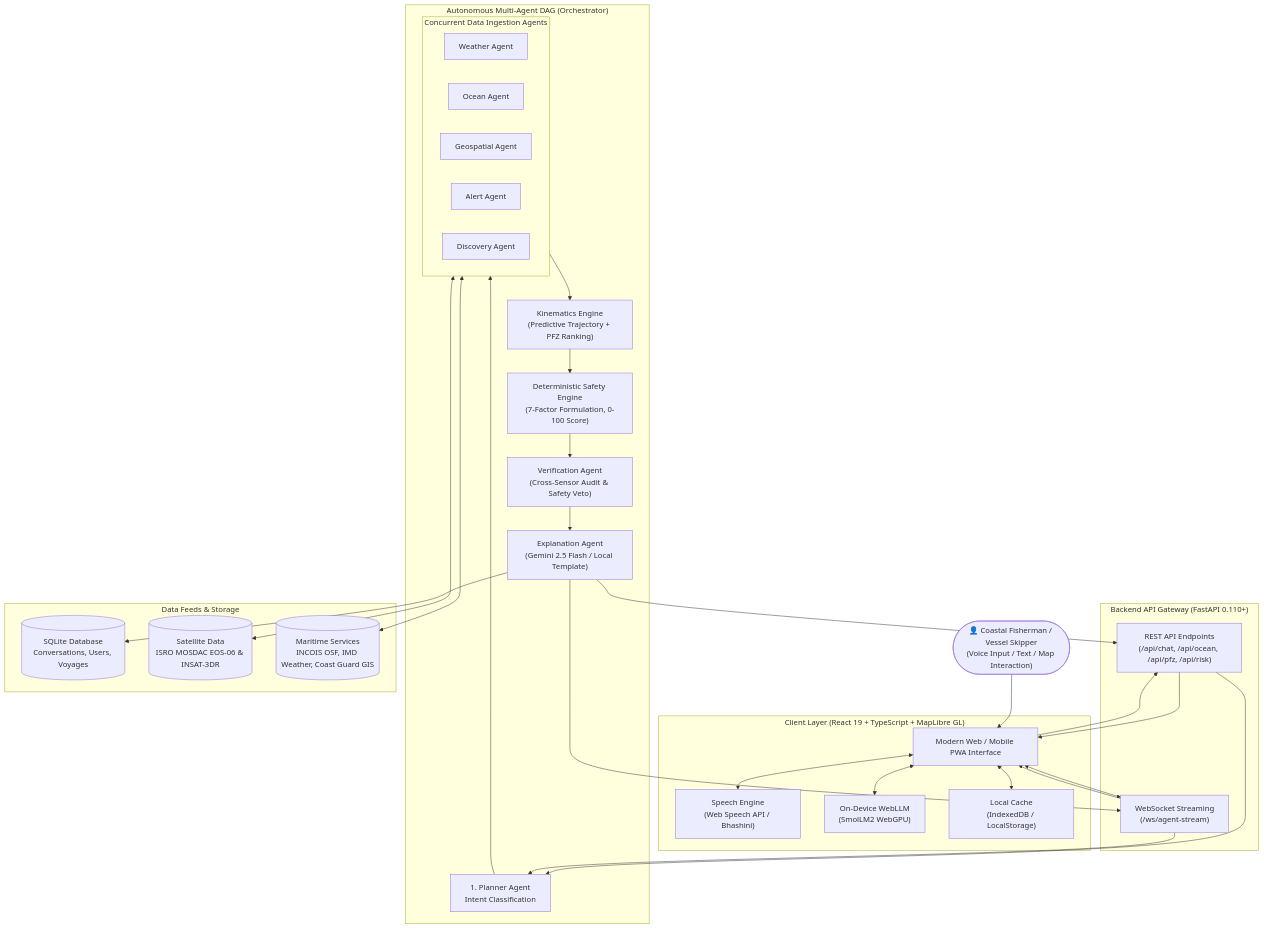
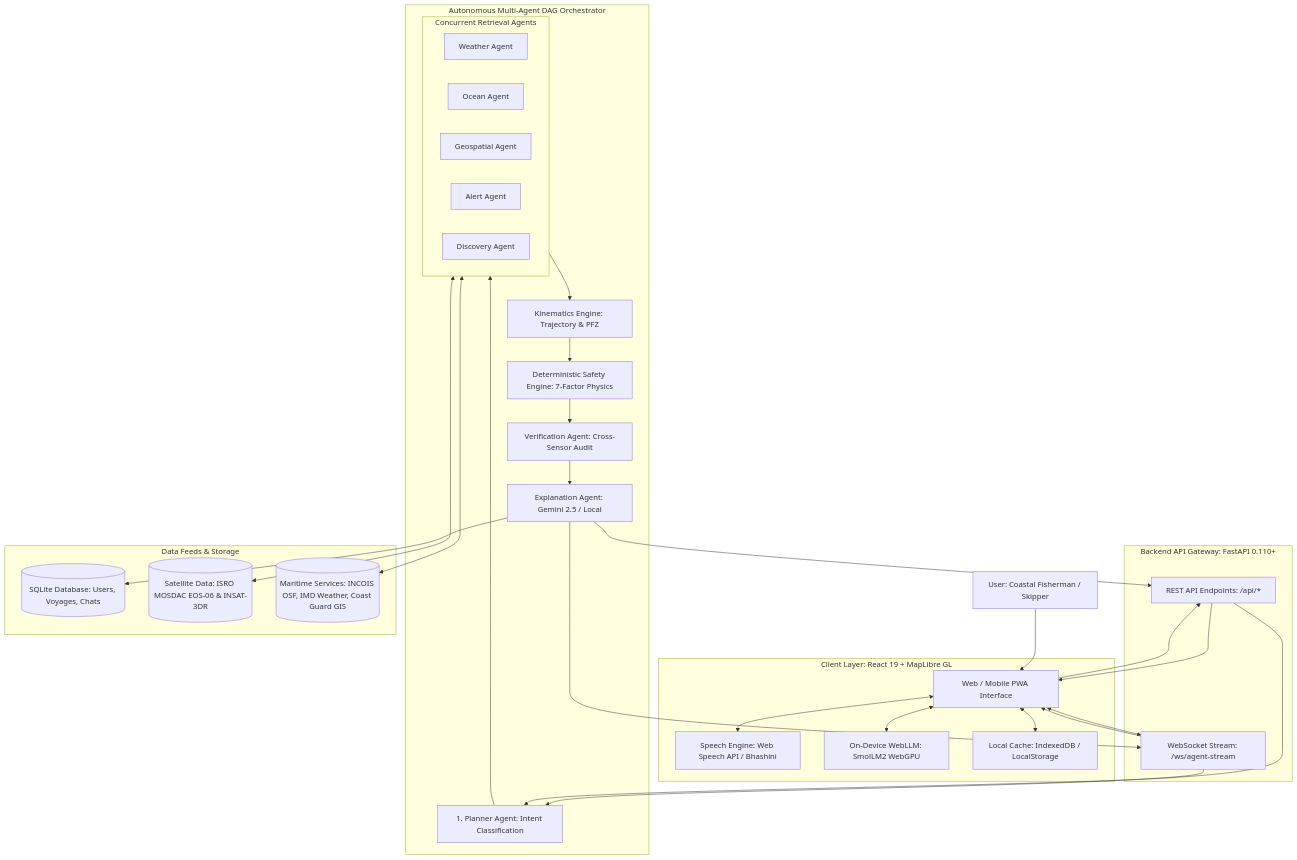
One commit to Aryan1980/navika_ai changed the diagram in README.md. Above: the diagram before and after it, drawn with Mermaid. The commit also changed other lines of this file and 41 other files, not shown here.

````diff
--- a/README.md
+++ b/README.md
@@ -218,55 +269,55 @@
 ```mermaid
 flowchart TD
-    User(["👤 Coastal Fisherman / Vessel Skipper\n(Voice Input / Text / Map Interaction)"])
+    User["User: Coastal Fisherman / Skipper"]
 
-    subgraph Client ["Client Layer (React 19 + TypeScript + MapLibre GL)"]
-        UI["Modern Web / Mobile PWA Interface"]
-        VoiceHandler["Speech Engine\n(Web Speech API / Bhashini)"]
-        EdgeModel["On-Device WebLLM\n(SmolLM2 WebGPU)"]
-        LocalStore["Local Cache\n(IndexedDB / LocalStorage)"]
+    subgraph ClientLayer ["Client Layer: React 19 + MapLibre GL"]
+        UI["Web / Mobile PWA Interface"]
+        VoiceHandler["Speech Engine: Web Speech API / Bhashini"]
+        EdgeModel["On-Device WebLLM: SmolLM2 WebGPU"]
+        LocalStore["Local Cache: IndexedDB / LocalStorage"]
     end
 
-    subgraph Server ["Backend API Gateway (FastAPI 0.110+)"]
-        REST["REST API Endpoints\n(/api/chat, /api/ocean, /api/pfz, /api/risk)"]
-        WS["WebSocket Streaming\n(/ws/agent-stream)"]
+    subgraph ServerLayer ["Backend API Gateway: FastAPI 0.110+"]
+        REST["REST API Endpoints: /api/*"]
+        WS["WebSocket Stream: /ws/agent-stream"]
     end
 
-    subgraph MultiAgentSwarm ["Autonomous Multi-Agent DAG (Orchestrator)"]
-        Planner["1. Planner Agent\nIntent Classification"]
-        subgraph DataAgents ["Concurrent Data Ingestion Agents"]
+    subgraph SwarmLayer ["Autonomous Multi-Agent DAG Orchestrator"]
+        Planner["1. Planner Agent: Intent Classification"]
+        subgraph DataSwarm ["Concurrent Retrieval Agents"]
             WeatherAgent["Weather Agent"]
             OceanAgent["Ocean Agent"]
             GISAgent["Geospatial Agent"]
             AlertAgent["Alert Agent"]
             DiscoveryAgent["Discovery Agent"]
         end
-        KinematicsEngine["Kinematics Engine\n(Predictive Trajectory + PFZ Ranking)"]
-        PhysicsMatrix["Deterministic Safety Engine\n(7-Factor Formulation, 0-100 Score)"]
-        VerificationGuard["Verification Agent\n(Cross-Sensor Audit & Safety Veto)"]
-        SynthesisEngine["Explanation Agent\n(Gemini 2.5 Flash / Local Template)"]
+        KinematicsEngine["Kinematics Engine: Trajectory & PFZ"]
+        PhysicsMatrix["Deterministic Safety Engine: 7-Factor Physics"]
+        VerificationGuard["Verification Agent: Cross-Sensor Audit"]
+        SynthesisEngine["Explanation Agent: Gemini 2.5 / Local"]
     end
 
-    subgraph DataSources ["Data Feeds & Storage"]
-        DB[("SQLite Database\nConversations, Users, Voyages")]
-        SatelliteFeeds[("Satellite Data\nISRO MOSDAC EOS-06 & INSAT-3DR")]
-        GovtFeeds[("Maritime Services\nINCOIS OSF, IMD Weather, Coast Guard GIS")]
+    subgraph DataLayer ["Data Feeds & Storage"]
+        DB[("SQLite Database: Users, Voyages, Chats")]
+        SatelliteFeeds[("Satellite Data: ISRO MOSDAC EOS-06 & INSAT-3DR")]
+        GovtFeeds[("Maritime Services: INCOIS OSF, IMD Weather, Coast Guard GIS")]
     end
 
     User --> UI
     UI <--> VoiceHandler
     UI <--> EdgeModel
     UI <--> LocalStore
     UI --> REST
     UI <--> WS
 
     REST & WS --> Planner
-    Planner --> DataAgents
-    DataAgents <--> SatelliteFeeds & GovtFeeds
-    DataAgents --> KinematicsEngine
+    Planner --> DataSwarm
+    DataSwarm <--> SatelliteFeeds & GovtFeeds
+    DataSwarm --> KinematicsEngine
     KinematicsEngine --> PhysicsMatrix
     PhysicsMatrix --> VerificationGuard
     VerificationGuard --> SynthesisEngine
     SynthesisEngine --> DB
     SynthesisEngine --> REST & WS
     REST & WS --> UI
 ```
````
